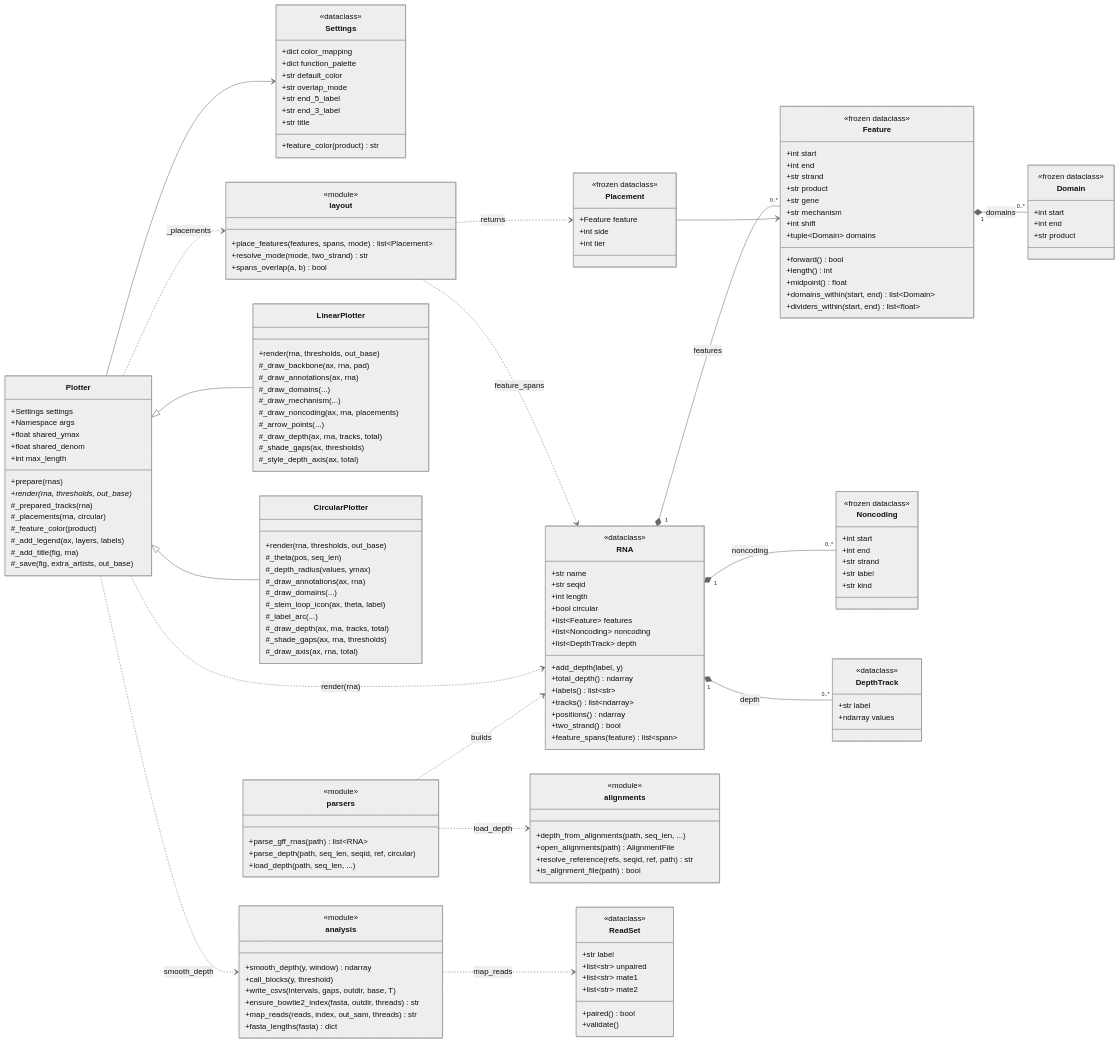
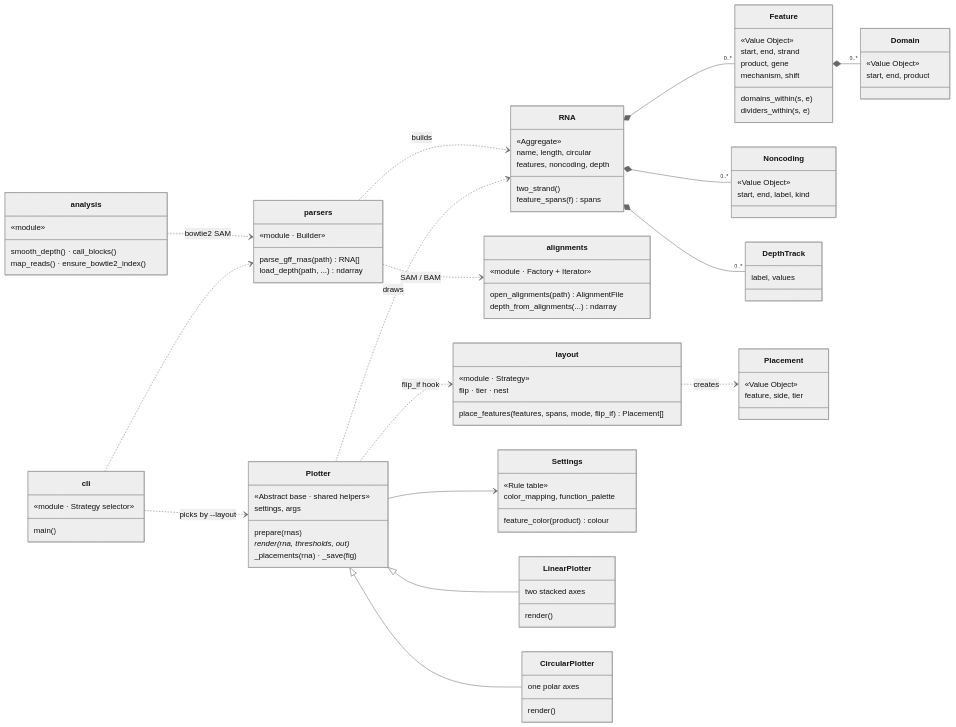
Before and after one commit to kastevens/VirPlot: the second of 2 diagrams in docs/ARCHITECTURE.md, drawn with Mermaid (neutral theme). The commit also changed other lines of this file and 2 other files, not shown here.

Commit message:
Simplify the class diagram and name the patterns it shows
docs/ARCHITECTURE.md section 3 now carries one diagram of the objects and
modules that matter (model, input, rules, render), with guillemets for the
design patterns the code happens to use and a paragraph on each;
docs/class_layout.svg regenerated from the same Mermaid source.

Claude-Session: https://claude.ai/code/session_01B8UX3uuYtjAGVjEQiGCdSp

````diff
--- a/docs/ARCHITECTURE.md
+++ b/docs/ARCHITECTURE.md
@@ -56,180 +56,100 @@
 classDiagram
     direction LR
 
+    %% ---------------- model: plain data, no behaviour beyond geometry ----------
+    class RNA {
+        «Aggregate»
+        name, length, circular
+        features, noncoding, depth
+        two_strand()
+        feature_spans(f) spans
+    }
+    class Feature {
+        «Value Object»
+        start, end, strand
+        product, gene
+        mechanism, shift
+        domains_within(s, e)
+        dividers_within(s, e)
+    }
     class Domain {
-        <<frozen dataclass>>
-        +int start
-        +int end
-        +str product
+        «Value Object»
+        start, end, product
+    }
+    class Noncoding {
+        «Value Object»
+        start, end, label, kind
+    }
+    class DepthTrack {
+        label, values
+    }
+    RNA *-- "0..*" Feature
+    RNA *-- "0..*" Noncoding
+    RNA *-- "0..*" DepthTrack
+    Feature *-- "0..*" Domain
+
+    %% ---------------- input: files in, RNA out --------------------------------
+    class parsers {
+        «module · Builder»
+        parse_gff_rnas(path) RNA[]
+        load_depth(path, ...) ndarray
+    }
+    class alignments {
+        «module · Factory + Iterator»
+        open_alignments(path) AlignmentFile
+        depth_from_alignments(...) ndarray
+    }
+    class analysis {
+        «module»
+        smooth_depth() · call_blocks()
+        map_reads() · ensure_bowtie2_index()
+    }
+    parsers ..> RNA : builds
+    parsers ..> alignments : SAM / BAM
+    analysis ..> parsers : bowtie2 SAM
+
+    %% ---------------- rules: pure functions -----------------------------------
+    class layout {
+        «module · Strategy»
+        place_features(features, spans, mode, flip_if) Placement[]
+        flip · tier · nest
+    }
+    class Placement {
+        «Value Object»
+        feature, side, tier
+    }
+    layout ..> Placement : creates
+    class Settings {
+        «Rule table»
+        color_mapping, function_palette
+        feature_color(product) colour
     }
 
-    class Feature {
-        <<frozen dataclass>>
-        +int start
-        +int end
-        +str strand
-        +str product
-        +str gene
-        +str mechanism
-        +int shift
-        +tuple~Domain~ domains
-        +forward() bool
-        +length() int
-        +midpoint() float
-        +domains_within(start, end) list~Domain~
-        +dividers_within(start, end) list~float~
+    %% ---------------- render -------------------------------------------------
+    class Plotter {
+        «Abstract base · shared helpers»
+        settings, args
+        prepare(rnas)
+        render(rna, thresholds, out)*
+        _placements(rna) · _save(fig)
     }
-
-    class Noncoding {
-        <<frozen dataclass>>
-        +int start
-        +int end
-        +str strand
-        +str label
-        +str kind
+    class LinearPlotter {
+        render()
+        two stacked axes
     }
-
-    class DepthTrack {
-        <<dataclass>>
-        +str label
-        +ndarray values
+    class CircularPlotter {
+        render()
+        one polar axes
     }
-
-    class RNA {
-        <<dataclass>>
-        +str name
-        +str seqid
-        +int length
-        +bool circular
-        +list~Feature~ features
-        +list~Noncoding~ noncoding
-        +list~DepthTrack~ depth
-        +add_depth(label, y)
-        +total_depth() ndarray
-        +labels() list~str~
-        +tracks() list~ndarray~
-        +positions() ndarray
-        +two_strand() bool
-        +feature_spans(feature) list~span~
-    }
-
-    class Settings {
-        <<dataclass>>
-        +dict color_mapping
-        +dict function_palette
-        +str default_color
-        +str overlap_mode
-        +str end_5_label
-        +str end_3_label
-        +str title
-        +feature_color(product) str
-    }
-
-    class Placement {
-        <<frozen dataclass>>
-        +Feature feature
-        +int side
-        +int tier
-    }
-
-    class layout {
-        <<module>>
-        +place_features(features, spans, mode) list~Placement~
-        +resolve_mode(mode, two_strand) str
-        +spans_overlap(a, b) bool
-    }
-
-    class Plotter {
-        +Settings settings
-        +Namespace args
-        +float shared_ymax
-        +float shared_denom
-        +int max_length
-        +prepare(rnas)
-        +render(rna, thresholds, out_base)*
-        #_prepared_tracks(rna)
-        #_placements(rna, circular)
-        #_feature_color(product)
-        #_add_legend(ax, layers, labels)
-        #_add_title(fig, rna)
-        #_save(fig, extra_artists, out_base)
-    }
-
-    class LinearPlotter {
-        +render(rna, thresholds, out_base)
-        #_draw_backbone(ax, rna, pad)
-        #_draw_annotations(ax, rna)
-        #_draw_domains(...)
-        #_draw_mechanism(...)
-        #_draw_noncoding(ax, rna, placements)
-        #_arrow_points(...)
-        #_draw_depth(ax, rna, tracks, total)
-        #_shade_gaps(ax, thresholds)
-        #_style_depth_axis(ax, total)
-    }
-
-    class CircularPlotter {
-        +render(rna, thresholds, out_base)
-        #_theta(pos, seq_len)
-        #_depth_radius(values, ymax)
-        #_draw_annotations(ax, rna)
-        #_draw_domains(...)
-        #_stem_loop_icon(ax, theta, label)
-        #_label_arc(...)
-        #_draw_depth(ax, rna, tracks, total)
-        #_shade_gaps(ax, rna, thresholds)
-        #_draw_axis(ax, rna, total)
-    }
-
-    class parsers {
-        <<module>>
-        +parse_gff_rnas(path) list~RNA~
-        +parse_depth(path, seq_len, seqid, ref, circular)
-        +load_depth(path, seq_len, ...) 
-    }
-
-    class alignments {
-        <<module>>
-        +depth_from_alignments(path, seq_len, ...)
-        +open_alignments(path) AlignmentFile
-        +resolve_reference(refs, seqid, ref, path) str
-        +is_alignment_file(path) bool
-    }
-
-    class ReadSet {
-        <<dataclass>>
-        +str label
-        +list~str~ unpaired
-        +list~str~ mate1
-        +list~str~ mate2
-        +paired() bool
-        +validate()
-    }
-
-    class analysis {
-        <<module>>
-        +smooth_depth(y, window) ndarray
-        +call_blocks(y, threshold)
-        +write_csvs(intervals, gaps, outdir, base, T)
-        +ensure_bowtie2_index(fasta, outdir, threads) str
-        +map_reads(reads, index, out_sam, threads) str
-        +fasta_lengths(fasta) dict
-    }
-
-    RNA "1" *-- "0..*" Feature : features
-    Feature "1" *-- "0..*" Domain : domains
-    RNA "1" *-- "0..*" DepthTrack : depth
-    RNA "1" *-- "0..*" Noncoding : noncoding
-    Placement --> Feature
-    layout ..> Placement : returns
-    layout ..> RNA : feature_spans
     Plotter <|-- LinearPlotter
     Plotter <|-- CircularPlotter
     Plotter --> Settings
-    Plotter ..> RNA : render(rna)
-    Plotter ..> layout : _placements
-    Plotter ..> analysis : smooth_depth
-    parsers ..> RNA : builds
-    parsers ..> alignments : load_depth
-    analysis ..> ReadSet : map_reads
+    Plotter ..> layout : flip_if hook
+    Plotter ..> RNA : draws
+    class cli {
+        «module · Strategy selector»
+        main()
+    }
+    cli ..> Plotter : picks by --layout
+    cli ..> parsers
 ```
````
